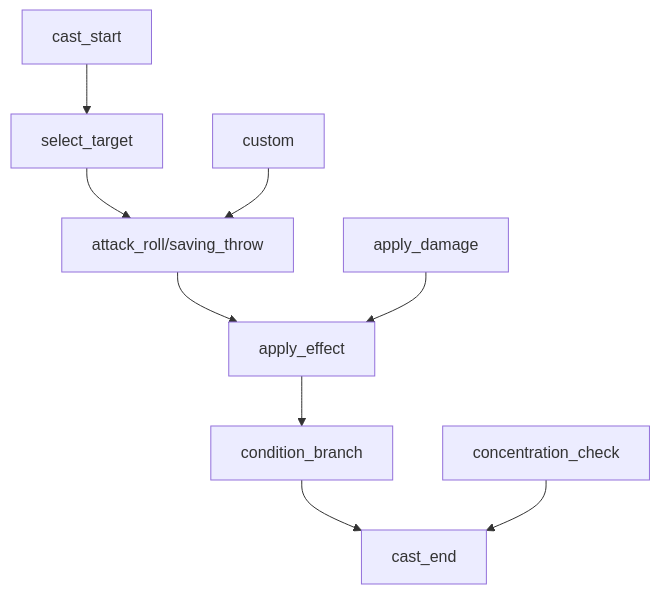
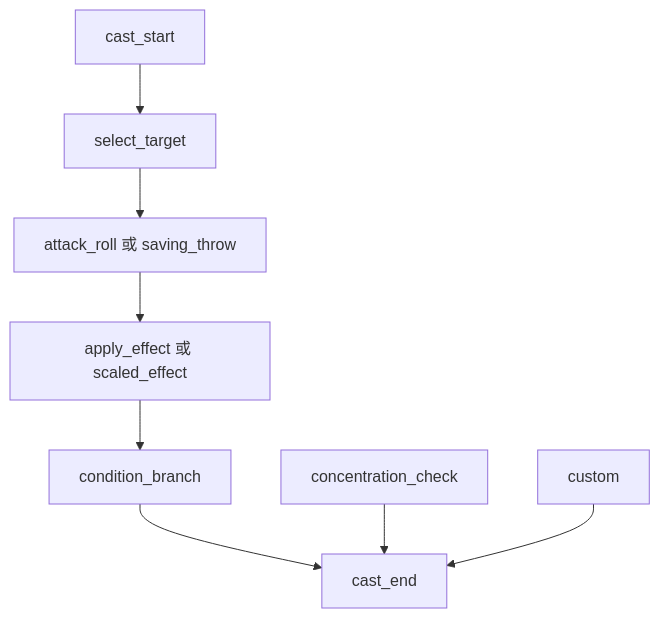
The diagram in docs/nodes/README.md (Romand0/DND-new), drawn with Mermaid before and after one commit. The commit also changed other lines of this file and 10 other files, not shown here.

````diff
--- a/docs/nodes/README.md
+++ b/docs/nodes/README.md
@@ -23,13 +26,10 @@
 ```mermaid
 graph TD
-    A[cast_start] --> B[select_target]
-    B --> C[attack_roll/saving_throw]
-    C --> D[apply_effect]
-    D --> E[condition_branch]
-    E --> F[cast_end]
-    
-    G[concentration_check] --> F
-    
-    H[apply_damage] --> D
-    I[custom] --> C
+    A["cast_start"] --> B["select_target"]
+    B --> C["attack_roll 或 saving_throw"]
+    C --> D["apply_effect 或 scaled_effect"]
+    D --> E["condition_branch"]
+    E --> F["cast_end"]
+    G["concentration_check"] --> F
+    H["custom"] --> F
 ```
````
